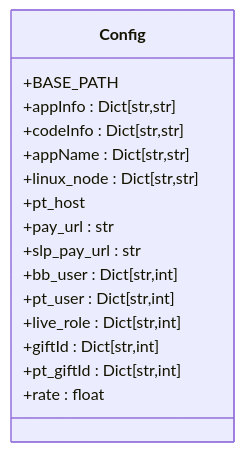
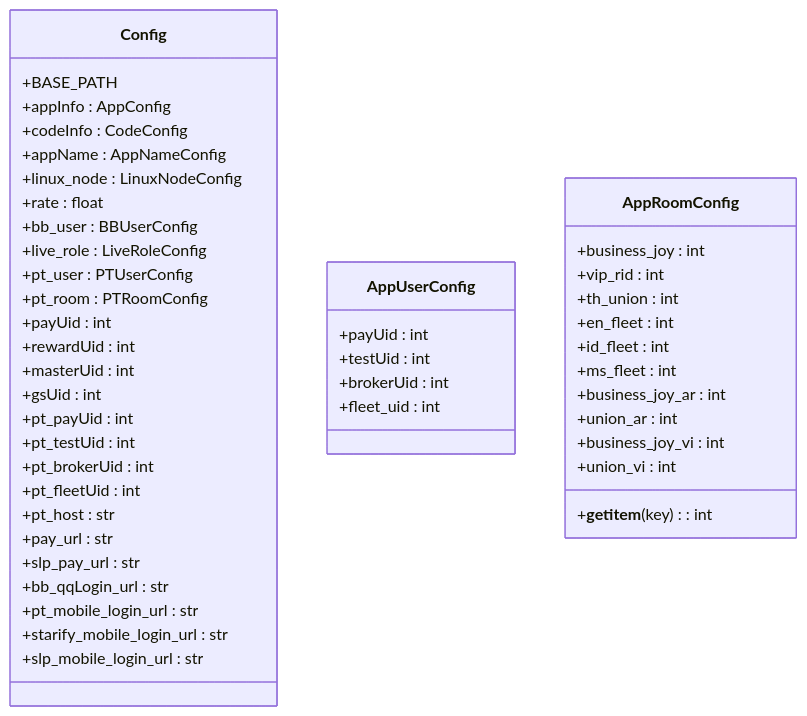
Before and after one commit to liximing1-ola/qa-payTest: the third of 7 diagrams in .qoder/repowiki/zh/content/核心模块/配置管理模块.md, drawn with Mermaid. The commit also changed other lines of this file and 13 other files, not shown here.

````diff
--- a/.qoder/repowiki/zh/content/核心模块/配置管理模块.md
+++ b/.qoder/repowiki/zh/content/核心模块/配置管理模块.md
@@ -134,19 +145,49 @@
 ```mermaid
 classDiagram
 class Config {
 +BASE_PATH
-+appInfo : Dict[str,str]
-+codeInfo : Dict[str,str]
-+appName : Dict[str,str]
-+linux_node : Dict[str,str]
-+pt_host
++appInfo : AppConfig
++codeInfo : CodeConfig
++appName : AppNameConfig
++linux_node : LinuxNodeConfig
++rate : float
++bb_user : BBUserConfig
++live_role : LiveRoleConfig
++pt_user : PTUserConfig
++pt_room : PTRoomConfig
++payUid : int
++rewardUid : int
++masterUid : int
++gsUid : int
++pt_payUid : int
++pt_testUid : int
++pt_brokerUid : int
++pt_fleetUid : int
++pt_host : str
 +pay_url : str
 +slp_pay_url : str
-+bb_user : Dict[str,int]
-+pt_user : Dict[str,int]
-+live_role : Dict[str,int]
-+giftId : Dict[str,int]
-+pt_giftId : Dict[str,int]
-+rate : float
++bb_qqLogin_url : str
++pt_mobile_login_url : str
++starify_mobile_login_url : str
++slp_mobile_login_url : str
+}
+class AppUserConfig {
++payUid : int
++testUid : int
++brokerUid : int
++fleet_uid : int
+}
+class AppRoomConfig {
++business_joy : int
++vip_rid : int
++th_union : int
++en_fleet : int
++id_fleet : int
++ms_fleet : int
++business_joy_ar : int
++union_ar : int
++business_joy_vi : int
++union_vi : int
++__getitem__(key) : int
 }
 ```
````
